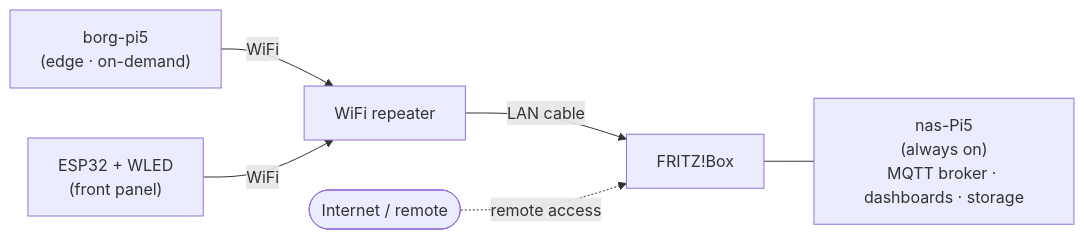
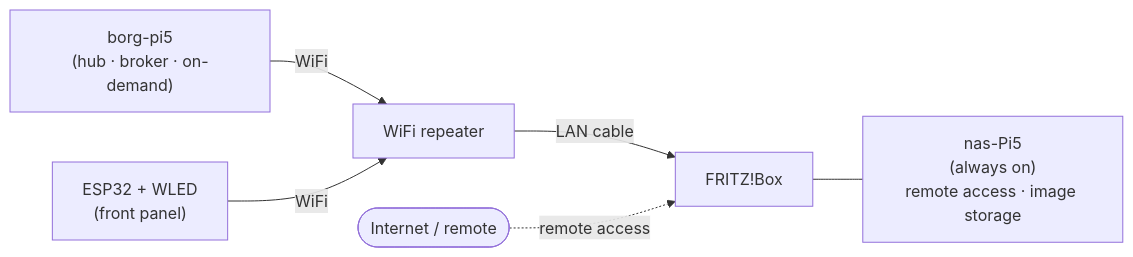
Before and after one commit to hgn/balkon-borg: the first of 3 diagrams in docs/network.md, drawn with Mermaid. The commit also changed other lines of this file and 8 other files, not shown here.

First line of the commit message:
docs: borg-pi5 is the hub; nas-Pi5 is a minor helper

````diff
--- a/docs/network.md
+++ b/docs/network.md
@@ -18,15 +19,15 @@
 ```mermaid
 graph LR
-  borg["borg-pi5<br/>(edge · on-demand)"]
+  borg["borg-pi5<br/>(hub · broker · on-demand)"]
   esp["ESP32 + WLED<br/>(front panel)"]
   rep["WiFi repeater"]
   fb["FRITZ!Box"]
-  nas["nas-Pi5<br/>(always on)<br/>MQTT broker · dashboards · storage"]
+  nas["nas-Pi5<br/>(always on)<br/>remote access · image storage"]
   wan(["Internet / remote"])
 
   borg -->|WiFi| rep
   esp -->|WiFi| rep
   rep -->|LAN cable| fb
   fb --- nas
   wan -.->|remote access| fb
 ```
````
